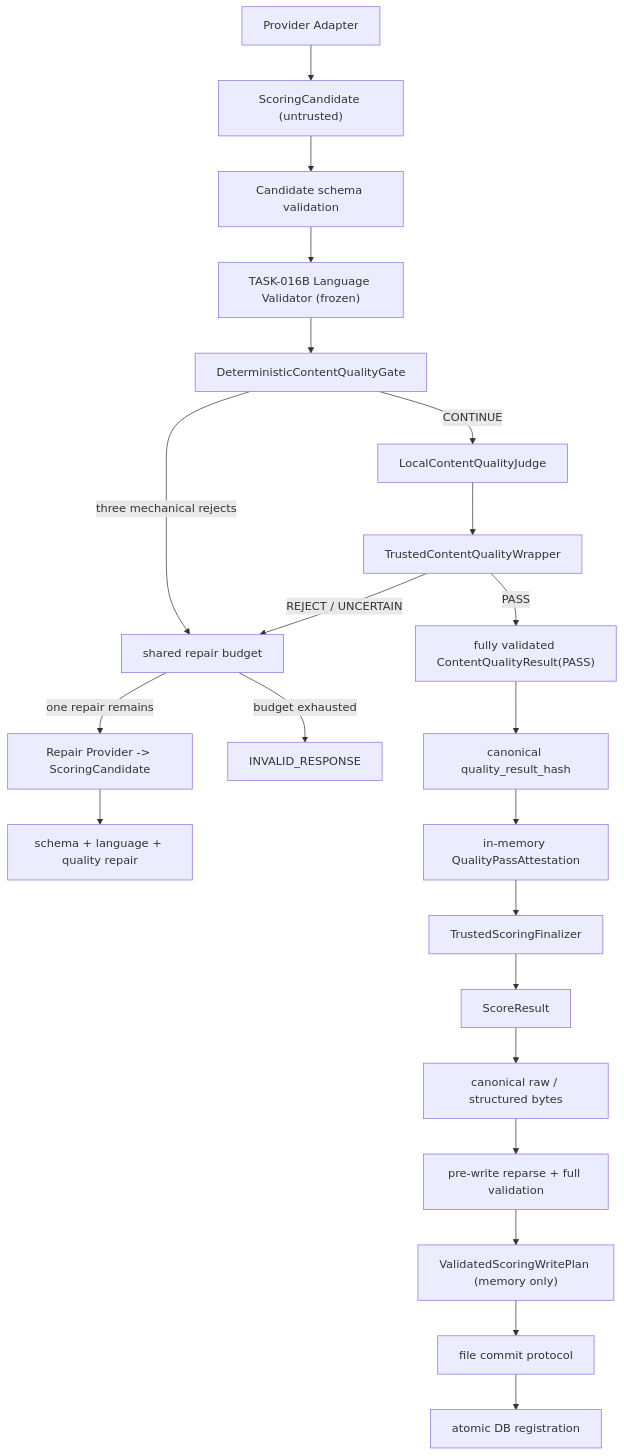
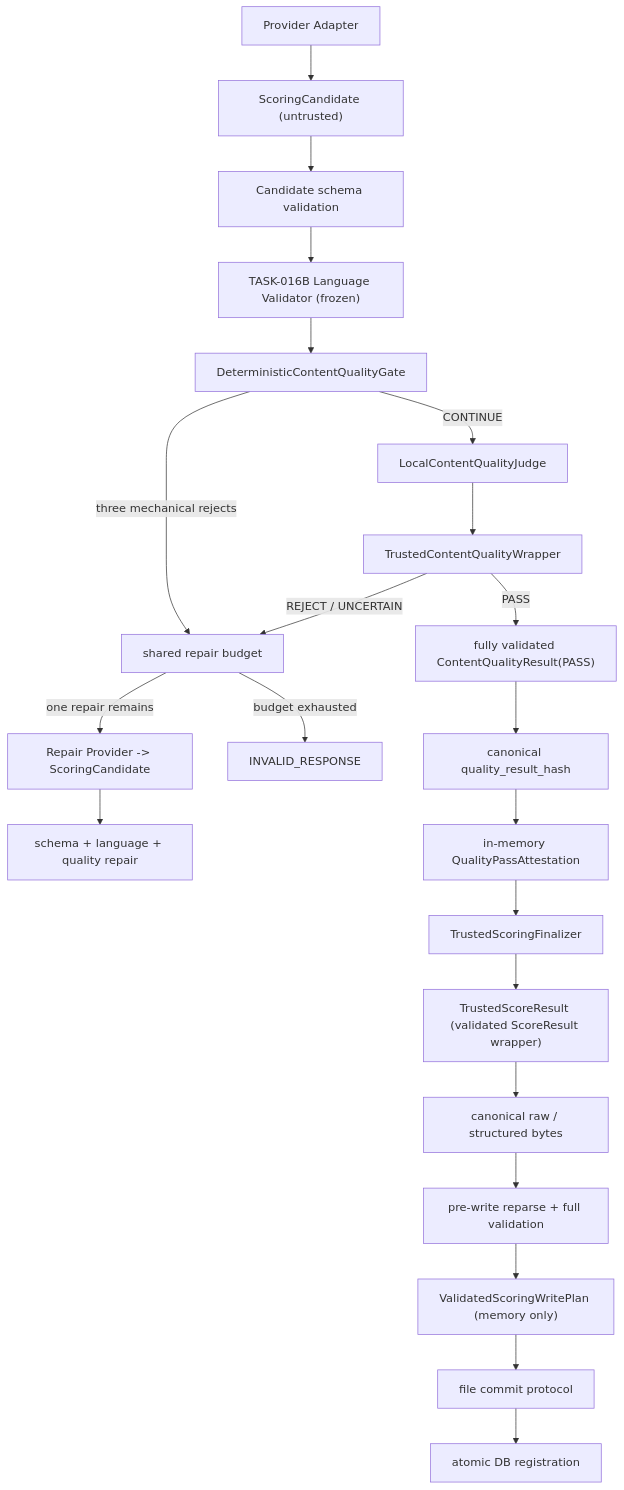
One commit to huangbuqubunao-alt/intelligence changed the diagram in docs/TASK-016C-CONTENT-QUALITY-INTERFACE-DESIGN.md. Above: the diagram before and after it, drawn with Mermaid. The commit also changed other lines of this file and 5 other files, not shown here.

````diff
--- a/docs/TASK-016C-CONTENT-QUALITY-INTERFACE-DESIGN.md
+++ b/docs/TASK-016C-CONTENT-QUALITY-INTERFACE-DESIGN.md
@@ -28,24 +28,24 @@
 ```mermaid
 flowchart TD
     A["Provider Adapter"] --> B["ScoringCandidate (untrusted)"]
     B --> C["Candidate schema validation"]
     C --> D["TASK-016B Language Validator (frozen)"]
     D --> E["DeterministicContentQualityGate"]
     E -->|"three mechanical rejects"| R["shared repair budget"]
     E -->|"CONTINUE"| J["LocalContentQualityJudge"]
     J --> W["TrustedContentQualityWrapper"]
     W -->|"REJECT / UNCERTAIN"| R
     W -->|"PASS"| V["fully validated ContentQualityResult(PASS)"]
     V --> H["canonical quality_result_hash"]
     H --> T["in-memory QualityPassAttestation"]
     R -->|"one repair remains"| B2["Repair Provider -> ScoringCandidate"]
     B2 --> C2["schema + language + quality repair"]
     R -->|"budget exhausted"| X["INVALID_RESPONSE"]
     T --> F["TrustedScoringFinalizer"]
-    F --> S["ScoreResult"]
+    F --> S["TrustedScoreResult (validated ScoreResult wrapper)"]
     S --> Z["canonical raw / structured bytes"]
     Z --> Y["pre-write reparse + full validation"]
     Y --> L["ValidatedScoringWritePlan (memory only)"]
     L --> P["file commit protocol"]
     P --> Q["atomic DB registration"]
 ```
````
